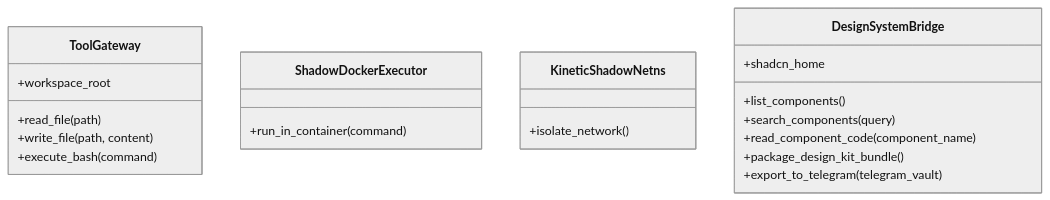
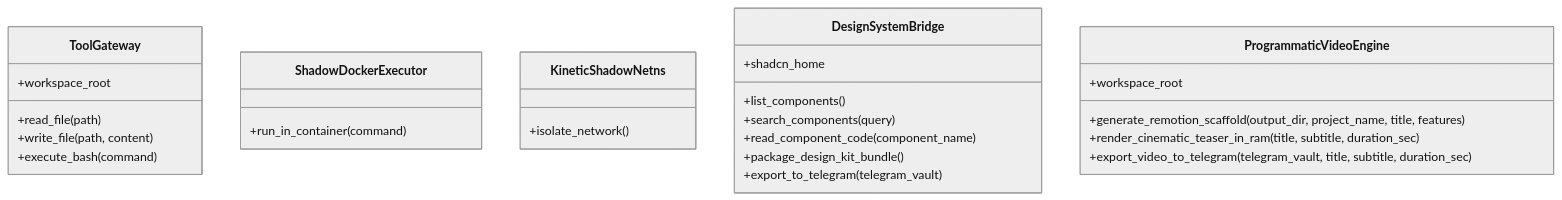
The diagram in docs/architecture/tools/classes.md (SAGBO4/FreeAi), drawn with Mermaid (neutral theme) before and after one commit. The commit also changed 6 other files, not shown here.

Commit message:
feat(video): implement ProgrammaticVideoEngine for Remotion React scaffolding, in-memory FFmpeg rendering, and direct Telegram video streaming

````diff
--- a/docs/architecture/tools/classes.md
+++ b/docs/architecture/tools/classes.md
@@ -3,24 +3,30 @@
 ```mermaid
 classDiagram
 %% source: app/tools
 class ToolGateway {
   +workspace_root
   +read_file(path)
   +write_file(path, content)
   +execute_bash(command)
 }
 class ShadowDockerExecutor {
   +run_in_container(command)
 }
 class KineticShadowNetns {
   +isolate_network()
 }
 class DesignSystemBridge {
   +shadcn_home
   +list_components()
   +search_components(query)
   +read_component_code(component_name)
   +package_design_kit_bundle()
   +export_to_telegram(telegram_vault)
 }
+class ProgrammaticVideoEngine {
+  +workspace_root
+  +generate_remotion_scaffold(output_dir, project_name, title, features)
+  +render_cinematic_teaser_in_ram(title, subtitle, duration_sec)
+  +export_video_to_telegram(telegram_vault, title, subtitle, duration_sec)
+}
 ```
````
